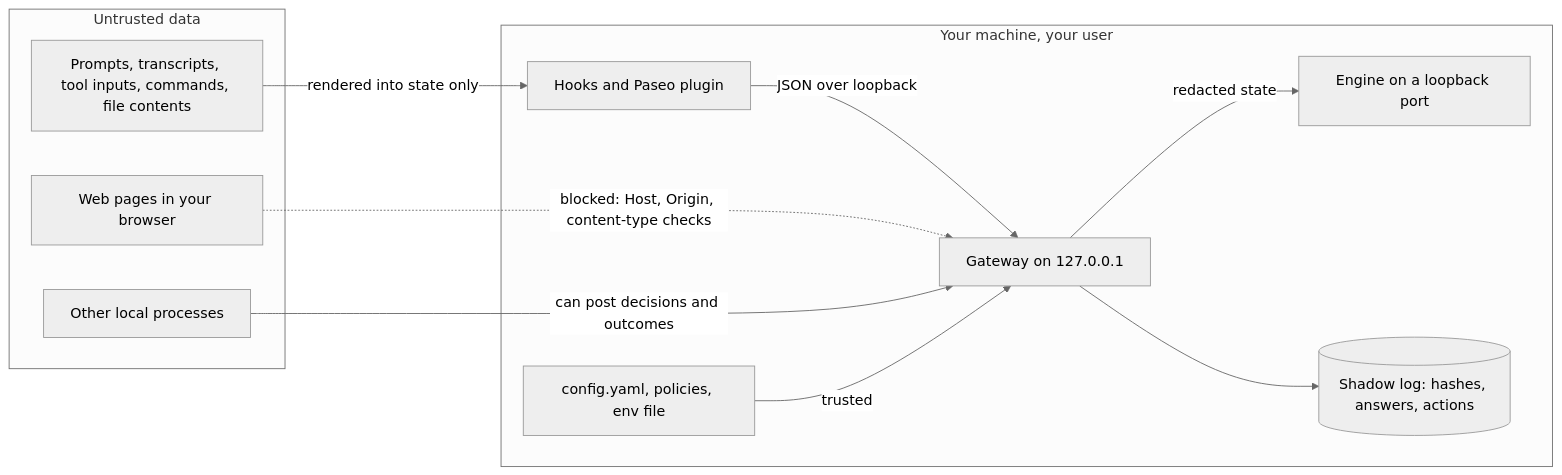
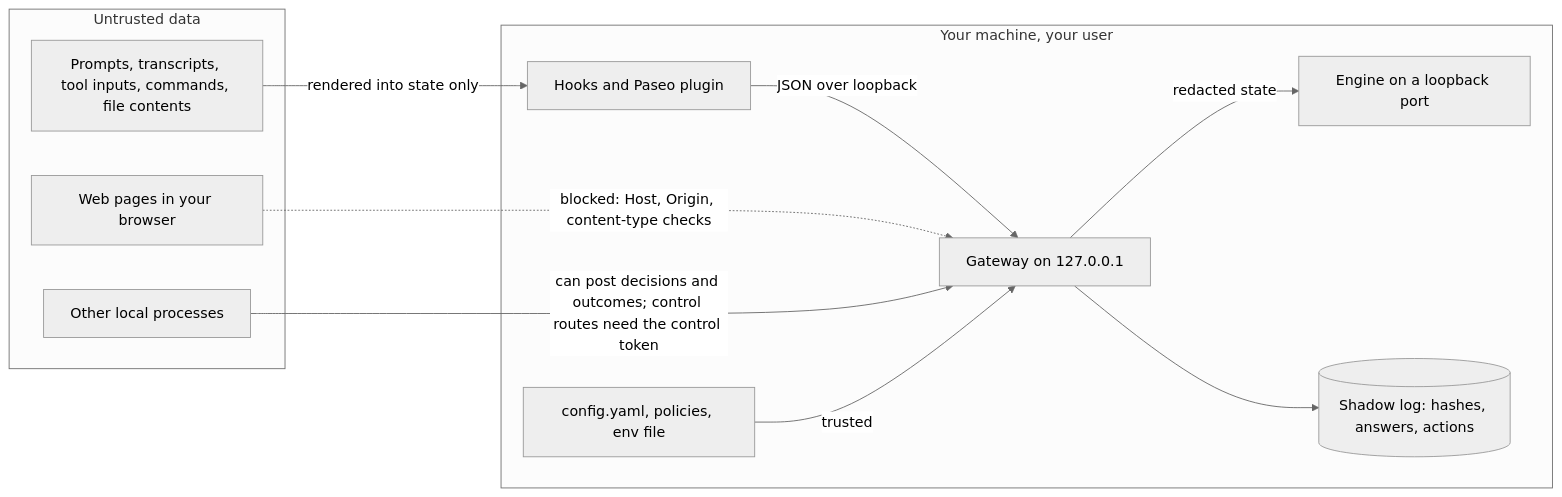
The diagram in docs/security.md (SkeLLLa/local-decider), drawn with Mermaid (neutral theme) before and after one commit. The commit also changed other lines of this file and 77 other files, not shown here.

````diff
--- a/docs/security.md
+++ b/docs/security.md
@@ -8,22 +8,22 @@
 ```mermaid
 flowchart LR
   subgraph Untrusted["Untrusted data"]
     PR["Prompts, transcripts, tool inputs, commands, file contents"]
     WEB["Web pages in your browser"]
     LP["Other local processes"]
   end
   subgraph Machine["Your machine, your user"]
     AD["Hooks and Paseo plugin"]
     GW["Gateway on 127.0.0.1"]
     EN["Engine on a loopback port"]
     CFG["config.yaml, policies, env file"]
     LOG[("Shadow log: hashes, answers, actions")]
   end
   PR -->|"rendered into state only"| AD
   AD -->|"JSON over loopback"| GW
   WEB -.->|"blocked: Host, Origin, content-type checks"| GW
-  LP -->|"can post decisions and outcomes"| GW
+  LP -->|"can post decisions and outcomes; control routes need the control token"| GW
   CFG -->|trusted| GW
   GW -->|"redacted state"| EN
   GW --> LOG
 ```
````
